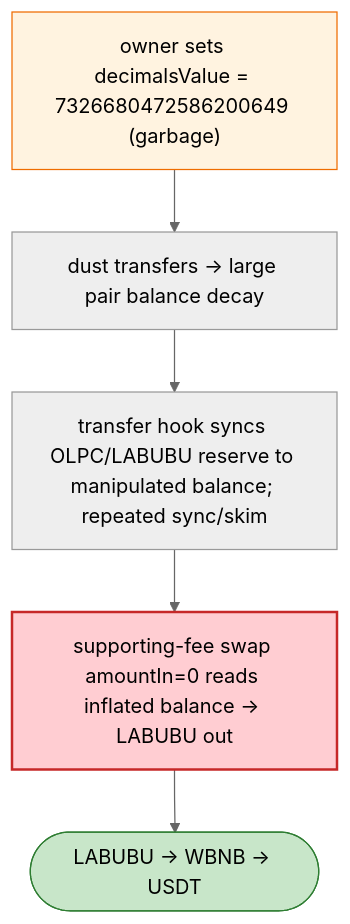
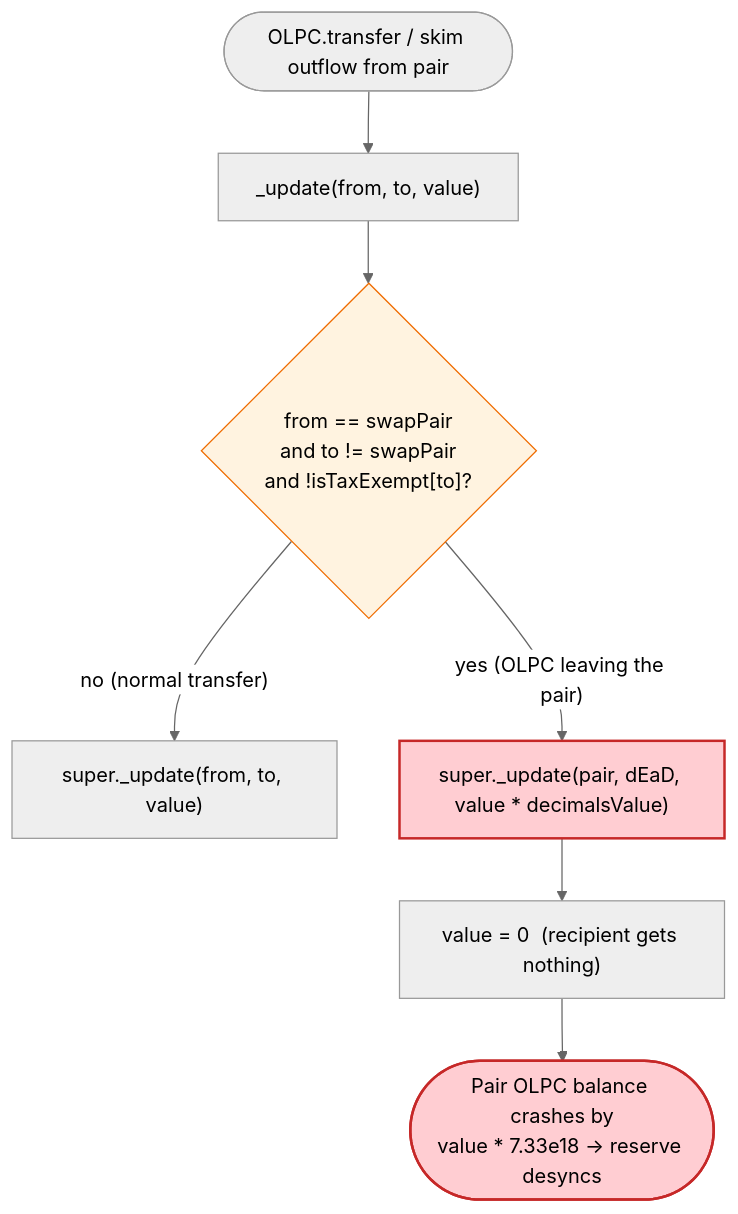
One commit to sanbir/evm-hack-registry changed the third of 4 diagrams in 2026-06-OLPC_exp/OLPC_exp.md. Above: the diagram before and after it, drawn with Mermaid (neutral theme). The commit also changed other lines of this file and 32 other files, not shown here.

````diff
--- a/2026-06-OLPC_exp/OLPC_exp.md
+++ b/2026-06-OLPC_exp/OLPC_exp.md
@@ -43,11 +332,13 @@
 ```mermaid
 flowchart TD
-    D["owner sets decimalsValue = 7326680472586200649 (garbage)"] --> T["dust transfers → large pair balance decay"]
-    T --> SS["transfer hook syncs OLPC/LABUBU reserve to manipulated balance; repeated sync/skim"]
-    SS --> SW["supporting-fee swap amountIn=0 reads inflated balance → LABUBU out"]
-    SW --> OUT(["LABUBU → WBNB → USDT"])
+    Start(["OLPC.transfer / skim outflow from pair"]) --> Hook["_update(from, to, value)"]
+    Hook --> C1{"from == swapPair<br/>and to != swapPair<br/>and !isTaxExempt[to]?"}
+    C1 -- "no (normal transfer)" --> Norm["super._update(from, to, value)"]
+    C1 -- "yes (OLPC leaving the pair)" --> Burn["super._update(pair, dEaD, value * decimalsValue)"]
+    Burn --> Zero["value = 0  (recipient gets nothing)"]
+    Zero --> Decay(["Pair OLPC balance crashes by<br/>value * 7.33e18 -> reserve desyncs"])
 
-    style D fill:#fff3e0,stroke:#ef6c00
-    style SW fill:#ffcdd2,stroke:#c62828,stroke-width:2px
-    style OUT fill:#c8e6c9,stroke:#2e7d32
+    style Burn fill:#ffcdd2,stroke:#c62828,stroke-width:2px
+    style Decay fill:#ffcdd2,stroke:#c62828,stroke-width:2px
+    style C1 fill:#fff3e0,stroke:#ef6c00
 ```
````
